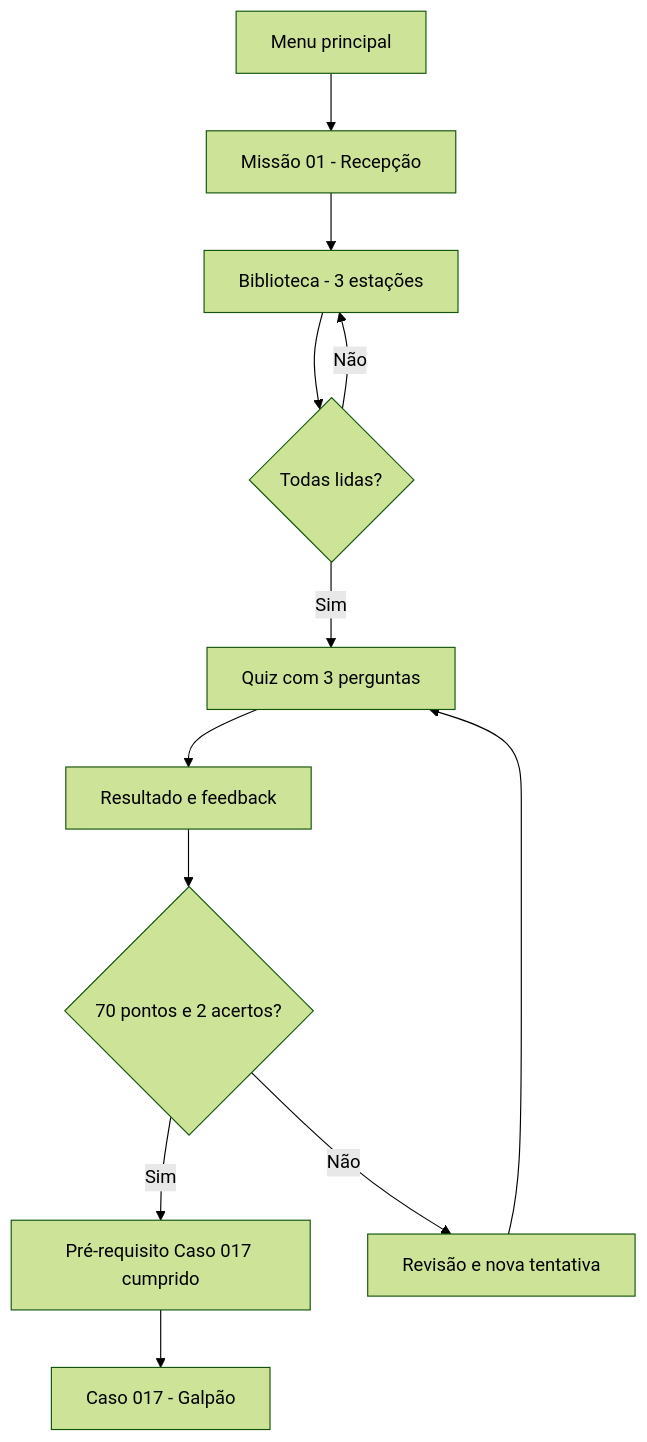
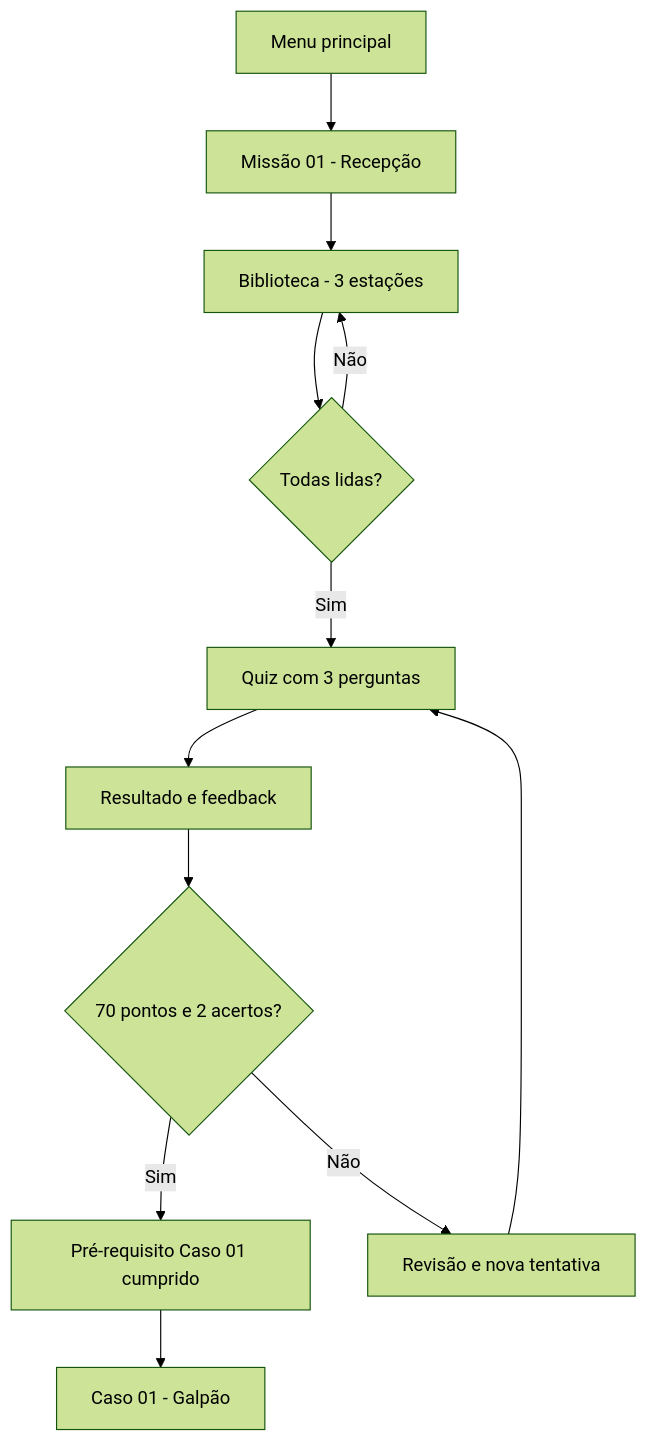
Before and after one commit to andreheck/PilhaGameNR1: the diagram in docs/SESSAO-21-MISSAO-01.md, drawn with Mermaid (forest theme). The commit also changed other lines of this file and 56 other files, not shown here.

````diff
--- a/docs/SESSAO-21-MISSAO-01.md
+++ b/docs/SESSAO-21-MISSAO-01.md
@@ -23,14 +23,14 @@
 ```mermaid
 flowchart TD
     A[Menu principal] --> B[Missão 01 - Recepção]
     B --> C[Biblioteca - 3 estações]
     C --> D{Todas lidas?}
     D -- Não --> C
     D -- Sim --> E[Quiz com 3 perguntas]
     E --> F[Resultado e feedback]
     F --> G{70 pontos e 2 acertos?}
-    G -- Sim --> H[Pré-requisito Caso 017 cumprido]
+    G -- Sim --> H[Pré-requisito Caso 01 cumprido]
     G -- Não --> I[Revisão e nova tentativa]
     I --> E
-    H --> J[Caso 017 - Galpão]
+    H --> J[Caso 01 - Galpão]
 ```
````
